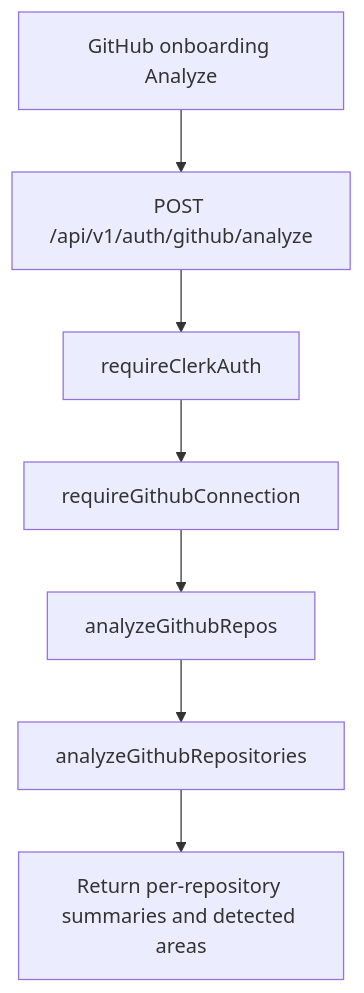
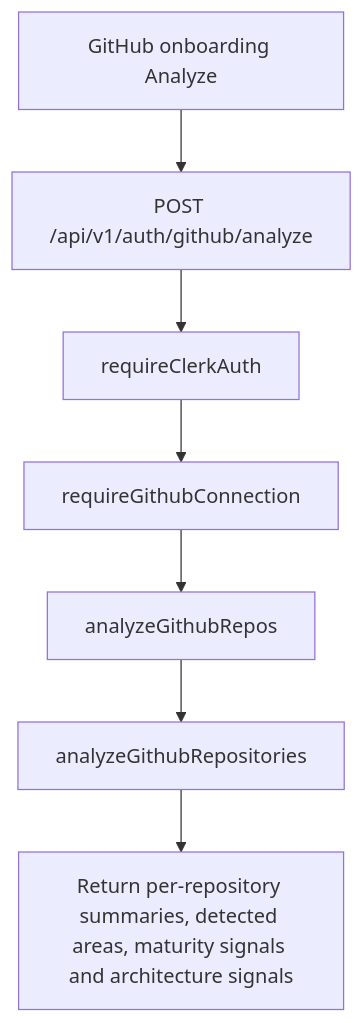
One commit to myusubov/tailorcv changed the diagram in docs/architecture/github-analysis/pipeline/README.md. Above: the diagram before and after it, drawn with Mermaid. The commit also changed other lines of this file and 3 other files, not shown here.

First line of the commit message:
docs(github-analysis): reconcile docs for architecture signals

````diff
--- a/docs/architecture/github-analysis/pipeline/README.md
+++ b/docs/architecture/github-analysis/pipeline/README.md
@@ -54,9 +54,9 @@
 ```mermaid
 flowchart TD
   FE[GitHub onboarding Analyze] --> Route[POST /api/v1/auth/github/analyze]
   Route --> Clerk[requireClerkAuth]
   Clerk --> GitHubAuth[requireGithubConnection]
   GitHubAuth --> Controller[analyzeGithubRepos]
   Controller --> Service[analyzeGithubRepositories]
-  Service --> Response[Return per-repository summaries and detected areas]
+  Service --> Response[Return per-repository summaries, detected areas, maturity signals and architecture signals]
 ```
````
